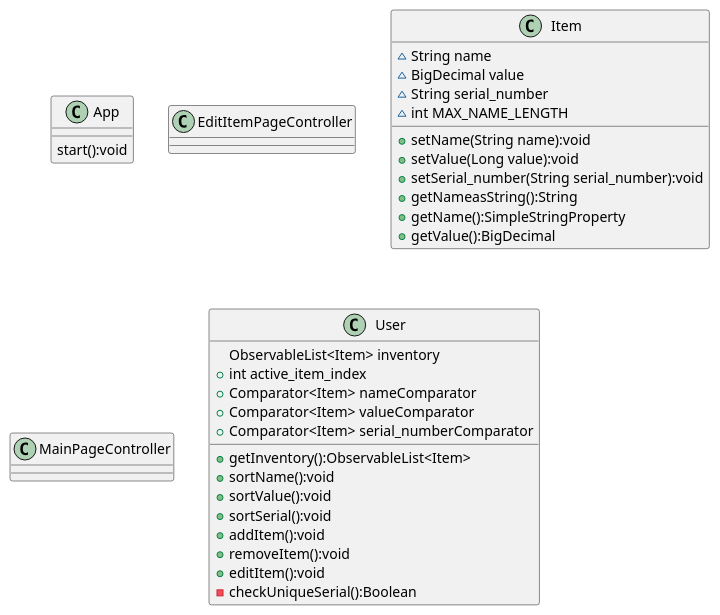
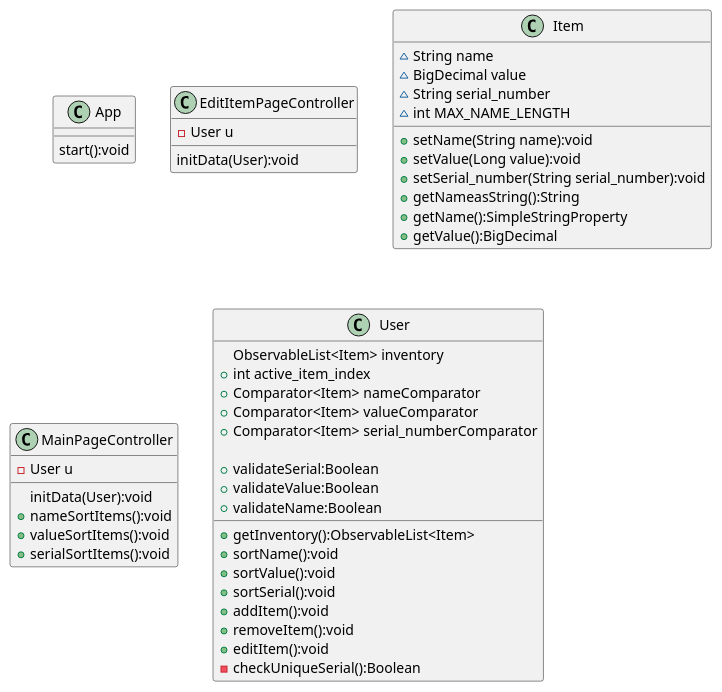
One commit to Andrew-Shepard/inventory-javafx changed the diagram in uml/Assignment5.puml. Above: the diagram before and after it, drawn with PlantUML. The commit also changed 5 other files, not shown here.

```diff
--- a/uml/Assignment5.puml
+++ b/uml/Assignment5.puml
@@ -1,41 +1,52 @@
 @startuml
 'https://plantuml.com/class-diagram
 
 class App {
     start():void
 }
 class EditItemPageController{
+-User u
+initData(User):void
 }
 class Item{
     ~String name
     ~BigDecimal value
     ~String serial_number
     ~int MAX_NAME_LENGTH
 
     +setName(String name):void
     +setValue(Long value):void
     +setSerial_number(String serial_number):void
     +getNameasString():String
     +getName():SimpleStringProperty
     +getValue():BigDecimal
 }
 class MainPageController{
+-User u
+initData(User):void
++nameSortItems():void
++valueSortItems():void
++serialSortItems():void
+
 }
 class User{
     ObservableList<Item> inventory
     +int active_item_index
     +Comparator<Item> nameComparator
     +Comparator<Item> valueComparator
     +Comparator<Item> serial_numberComparator
 
     +getInventory():ObservableList<Item>
     +sortName():void
     +sortValue():void
     +sortSerial():void
     +addItem():void
     +removeItem():void
     +editItem():void
+    +validateSerial:Boolean
+    +validateValue:Boolean
+    +validateName:Boolean
     -checkUniqueSerial():Boolean
 }
 
 @enduml
```
